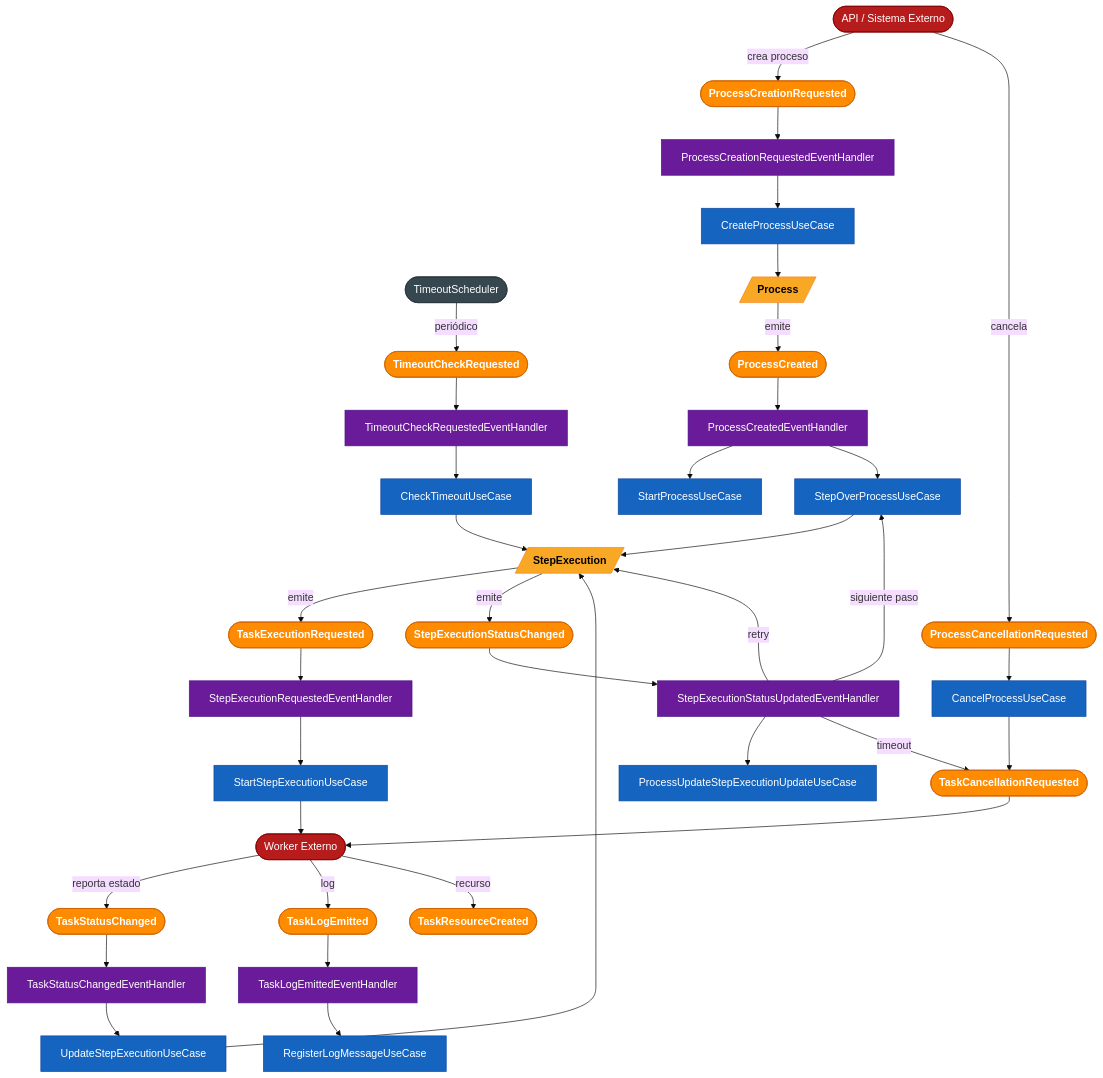
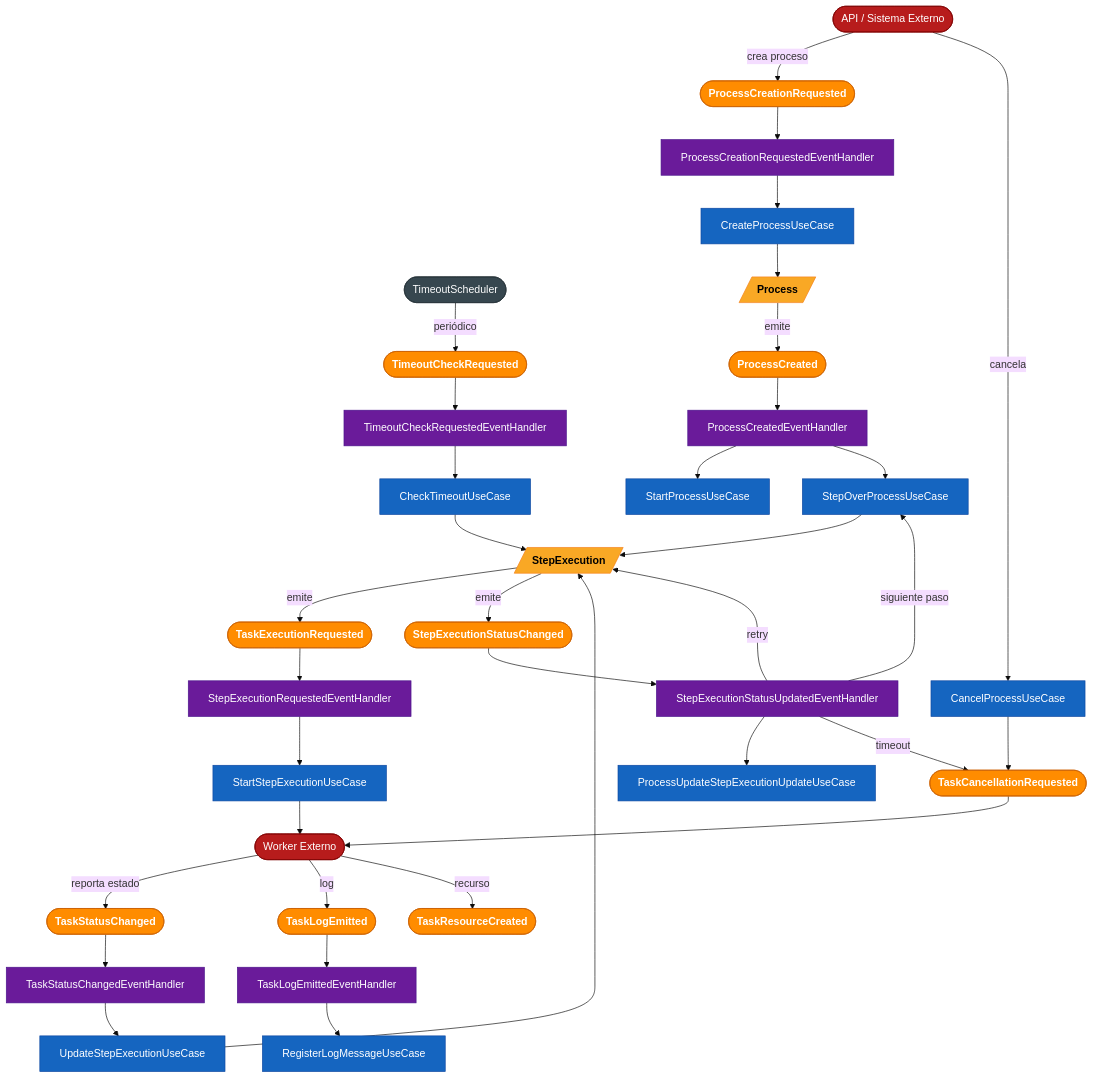
The diagram in doc/src/content/docs/guides/event-storming.md (miguelperezcolom/eventconductor), drawn with Mermaid (base theme) before and after one commit. The commit also changed other lines of this file and 26 other files, not shown here.

````diff
--- a/doc/src/content/docs/guides/event-storming.md
+++ b/doc/src/content/docs/guides/event-storming.md
@@ -17,77 +17,76 @@
 ```mermaid
 flowchart TD
     classDef evt fill:#FF8C00,color:#fff,stroke:#CC6000,font-weight:bold
     classDef cmd fill:#1565C0,color:#fff,stroke:#0D47A1
     classDef agg fill:#F9A825,color:#000,stroke:#F57F17,font-weight:bold
     classDef pol fill:#6A1B9A,color:#fff,stroke:#4A148C
     classDef ext fill:#B71C1C,color:#fff,stroke:#7F0000
     classDef sch fill:#37474F,color:#fff,stroke:#263238
 
     EXT(["API / Sistema Externo"]):::ext
     WRK(["Worker Externo"]):::ext
     SCH(["TimeoutScheduler"]):::sch
 
     PCR(["ProcessCreationRequested"]):::evt
     PCRH["ProcessCreationRequestedEventHandler"]:::pol
     CP["CreateProcessUseCase"]:::cmd
     PA[/"Process"/]:::agg
     PCE(["ProcessCreated"]):::evt
     PCEH["ProcessCreatedEventHandler"]:::pol
     SPS["StartProcessUseCase"]:::cmd
     SOP["StepOverProcessUseCase"]:::cmd
 
     SEA[/"StepExecution"/]:::agg
     TER(["TaskExecutionRequested"]):::evt
     TERH["StepExecutionRequestedEventHandler"]:::pol
     SSEU["StartStepExecutionUseCase"]:::cmd
 
     TSC(["TaskStatusChanged"]):::evt
     TSCH["TaskStatusChangedEventHandler"]:::pol
     USE["UpdateStepExecutionUseCase"]:::cmd
     SESC(["StepExecutionStatusChanged"]):::evt
     SESCH["StepExecutionStatusUpdatedEventHandler"]:::pol
     PUU["ProcessUpdateStepExecutionUpdateUseCase"]:::cmd
 
     TCR(["TimeoutCheckRequested"]):::evt
     TCRH["TimeoutCheckRequestedEventHandler"]:::pol
     CTO["CheckTimeoutUseCase"]:::cmd
     TCANR(["TaskCancellationRequested"]):::evt
 
-    PCANR(["ProcessCancellationRequested"]):::evt
     CPUC["CancelProcessUseCase"]:::cmd
 
     TLE(["TaskLogEmitted"]):::evt
     TLEH["TaskLogEmittedEventHandler"]:::pol
     RLM["RegisterLogMessageUseCase"]:::cmd
     TRC(["TaskResourceCreated"]):::evt
 
     %% Flujo 1: Creación de Proceso
     EXT -->|crea proceso| PCR
     PCR --> PCRH --> CP --> PA -->|emite| PCE
     PCE --> PCEH
     PCEH --> SPS
     PCEH --> SOP
 
     %% Flujo 2: Ejecución de Paso
     SOP --> SEA
     SEA -->|emite| TER --> TERH --> SSEU --> WRK
 
     %% Flujo 3: Feedback del Worker
     WRK -->|reporta estado| TSC
     TSC --> TSCH --> USE --> SEA
     SEA -->|emite| SESC --> SESCH
     SESCH --> PUU
     SESCH -->|siguiente paso| SOP
 
     %% Flujo 4: Timeout
     SCH -->|periódico| TCR --> TCRH --> CTO --> SEA
     SESCH -->|retry| SEA
     SESCH -->|timeout| TCANR --> WRK
 
     %% Flujo 5: Cancelación
-    EXT -->|cancela| PCANR --> CPUC --> TCANR
+    EXT -->|cancela| CPUC --> TCANR
 
     %% Flujo 6: Logs y Recursos
     WRK -->|log| TLE --> TLEH --> RLM
     WRK -->|recurso| TRC
 ```
````
